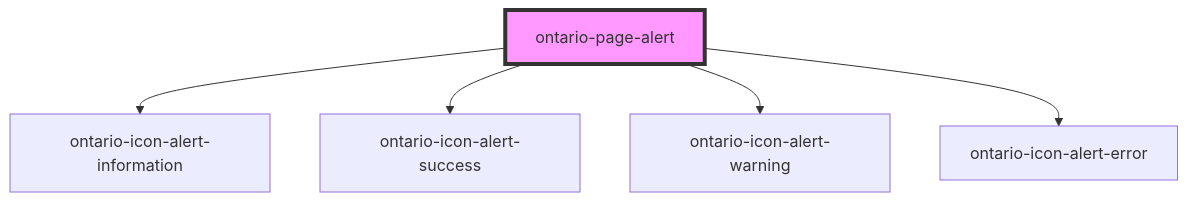
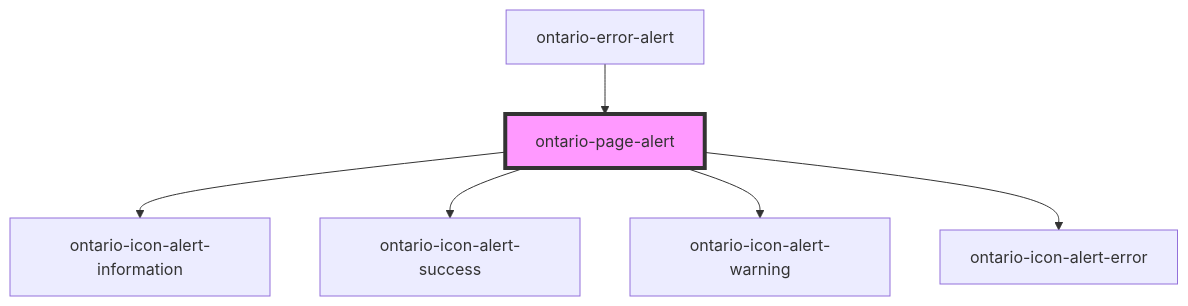
One commit to ongov/ontario-design-system changed the diagram in packages/ontario-design-system-component-library/src/components/ontario-page-alert/readme.md. Above: the diagram before and after it, drawn with Mermaid. The commit also changed other lines of this file and 27 other files, not shown here.

Commit message:
feat(ontario-error-alert): add scaffolding for ErrorAlert summary and inline message components

````diff
--- a/packages/ontario-design-system-component-library/src/components/ontario-page-alert/readme.md
+++ b/packages/ontario-design-system-component-library/src/components/ontario-page-alert/readme.md
@@ -189,8 +193,9 @@
 ```mermaid
 graph TD;
   ontario-page-alert --> ontario-icon-alert-information
   ontario-page-alert --> ontario-icon-alert-success
   ontario-page-alert --> ontario-icon-alert-warning
   ontario-page-alert --> ontario-icon-alert-error
+  ontario-error-alert --> ontario-page-alert
   style ontario-page-alert fill:#f9f,stroke:#333,stroke-width:4px
 ```
````
